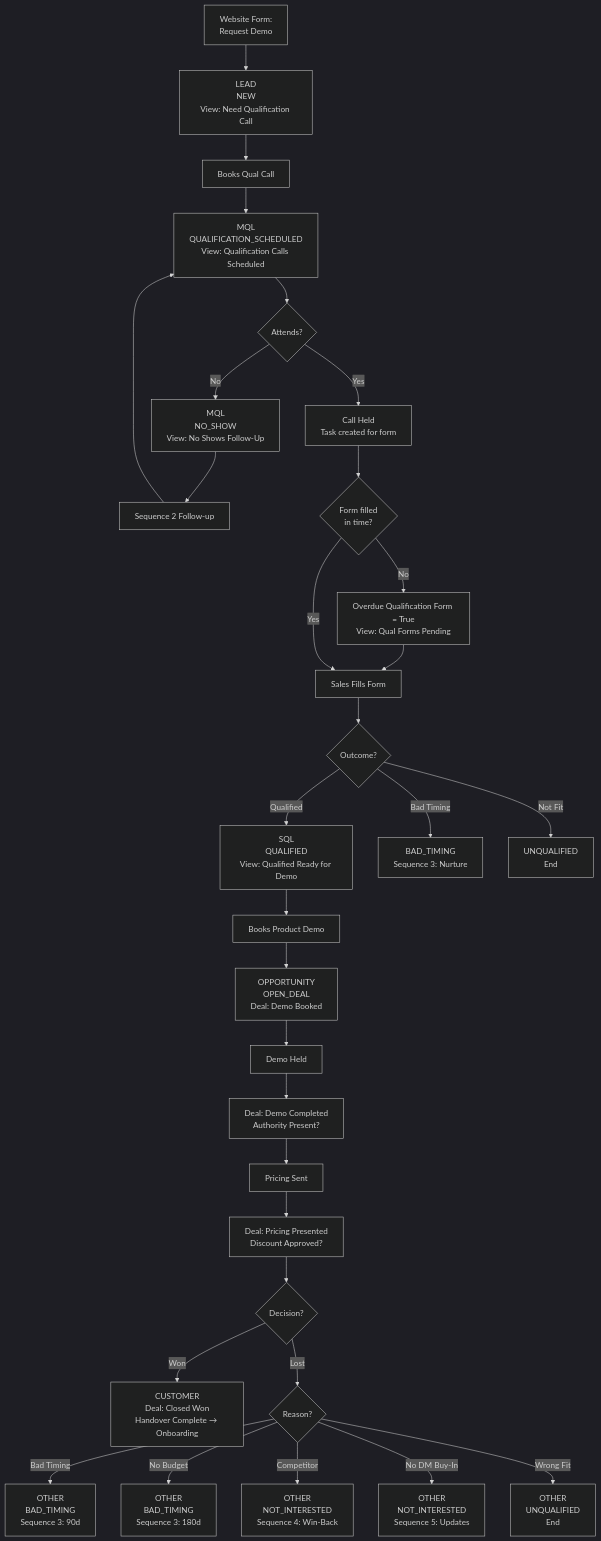
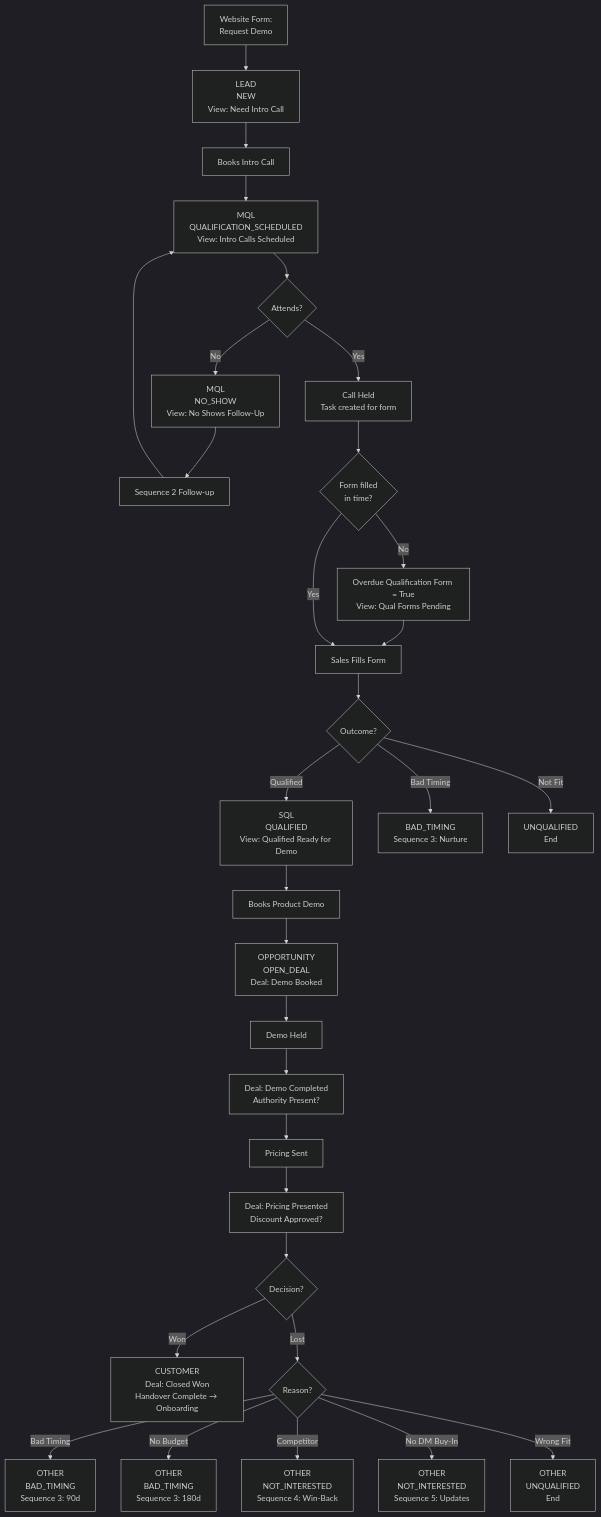
The sixth of 6 diagrams in Hubspot/HubSpot_Master_Plan_CONSOLIDATED.md (mattmaxted-cmyk/AIAssistant), drawn with Mermaid (dark theme) before and after one commit. The commit also changed other lines of this file and 12 other files, not shown here.

````diff
--- a/Hubspot/HubSpot_Master_Plan_CONSOLIDATED.md
+++ b/Hubspot/HubSpot_Master_Plan_CONSOLIDATED.md
@@ -1896,42 +1925,42 @@
 ```mermaid
 flowchart TD
-    A[Website Form:<br/>Request Demo] --> B[LEAD<br/>NEW<br/>View: Need Qualification Call]
+    A[Website Form:<br/>Request Demo] --> B[LEAD<br/>NEW<br/>View: Need Intro Call]
     
-    B --> C[Books Qual Call]
-    C --> D[MQL<br/>QUALIFICATION_SCHEDULED<br/>View: Qualification Calls Scheduled]
+    B --> C[Books Intro Call]
+    C --> D[MQL<br/>QUALIFICATION_SCHEDULED<br/>View: Intro Calls Scheduled]
     
     D --> E{Attends?}
     E -->|No| F[MQL<br/>NO_SHOW<br/>View: No Shows Follow-Up]
     E -->|Yes| G[Call Held<br/>Task created for form]
     
     F --> H[Sequence 2 Follow-up]
     H --> D
     
     G --> G1{Form filled<br/>in time?}
     G1 -->|No| G2[Overdue Qualification Form = True<br/>View: Qual Forms Pending]
     G2 --> I
     G1 -->|Yes| I[Sales Fills Form]
     I --> J{Outcome?}
     
     J -->|Qualified| K[SQL<br/>QUALIFIED<br/>View: Qualified Ready for Demo]
     J -->|Bad Timing| L[BAD_TIMING<br/>Sequence 3: Nurture]
     J -->|Not Fit| M[UNQUALIFIED<br/>End]
     
     K --> N[Books Product Demo]
     N --> O[OPPORTUNITY<br/>OPEN_DEAL<br/>Deal: Demo Booked]
     
     O --> P[Demo Held]
     P --> Q[Deal: Demo Completed<br/>Authority Present?]
     Q --> R[Pricing Sent]
     R --> S[Deal: Pricing Presented<br/>Discount Approved?]
     
     S --> T{Decision?}
     T -->|Won| U[CUSTOMER<br/>Deal: Closed Won<br/>Handover Complete → Onboarding]
     T -->|Lost| V{Reason?}
     
     V -->|Bad Timing| W[OTHER<br/>BAD_TIMING<br/>Sequence 3: 90d]
     V -->|No Budget| X[OTHER<br/>BAD_TIMING<br/>Sequence 3: 180d]
     V -->|Competitor| Y[OTHER<br/>NOT_INTERESTED<br/>Sequence 4: Win-Back]
     V -->|No DM Buy-In| Z1[OTHER<br/>NOT_INTERESTED<br/>Sequence 5: Updates]
     V -->|Wrong Fit| Z2[OTHER<br/>UNQUALIFIED<br/>End]
 ```
````
